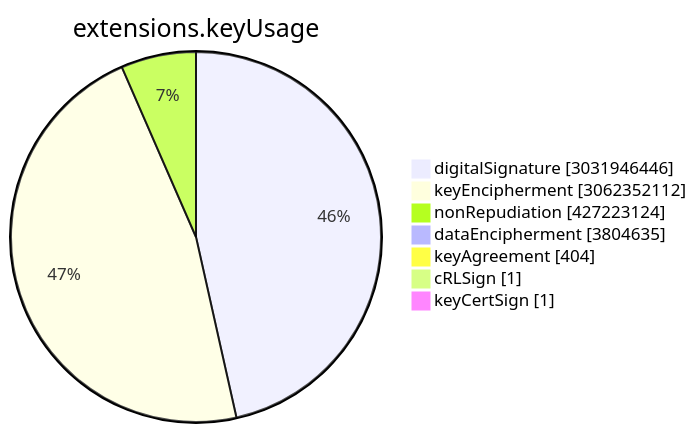
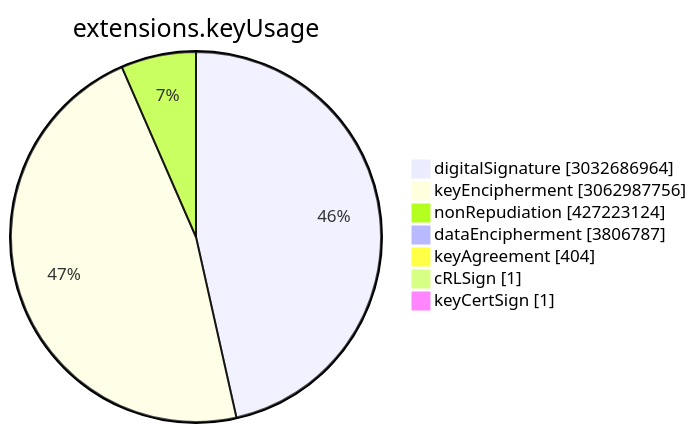
One commit to christiankrug/ctmonitor_visualization changed the sixth of 15 diagrams in TOTAL/README.md. Above: the diagram before and after it, drawn with Mermaid. The commit also changed other lines of this file, not shown here.

````diff
--- a/TOTAL/README.md
+++ b/TOTAL/README.md
@@ -3077,11 +3077,11 @@
 ```mermaid
 pie showData
 title extensions.keyUsage
-"digitalSignature" :3031946446
-"keyEncipherment" :3062352112
+"digitalSignature" :3032686964
+"keyEncipherment" :3062987756
 "nonRepudiation" :427223124
-"dataEncipherment" :3804635
+"dataEncipherment" :3806787
 "keyAgreement" :404
 "cRLSign" :1
 "keyCertSign" :1
 ```
````
